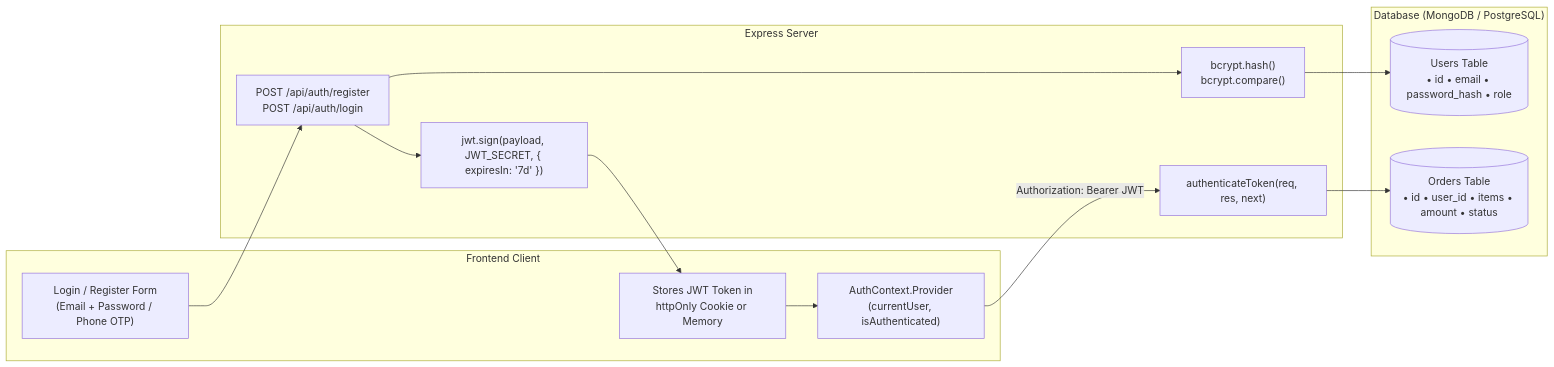
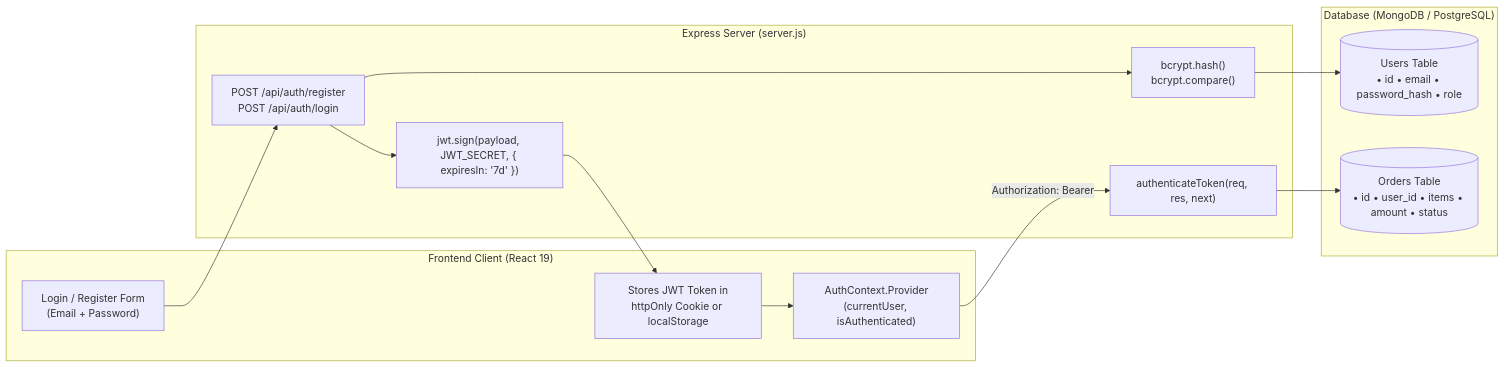
The second of 2 diagrams in PROJECT_STUDY_GUIDE.md (vmore9953/urban-sole), drawn with Mermaid before and after one commit. The commit also changed other lines of this file, not shown here.

Commit message:
Add Authentication Classification Matrix, JWT comparison, and security breakdown to Study Guide

````diff
--- a/PROJECT_STUDY_GUIDE.md
+++ b/PROJECT_STUDY_GUIDE.md
@@ -444,27 +444,27 @@
 ```mermaid
 flowchart LR
-    subgraph ClientAuth ["Frontend Client"]
-        LoginForm["Login / Register Form\n(Email + Password / Phone OTP)"]
-        JWTStorage["Stores JWT Token in\nhttpOnly Cookie or Memory"]
+    subgraph ClientAuth ["Frontend Client (React 19)"]
+        LoginForm["Login / Register Form\n(Email + Password)"]
+        JWTStorage["Stores JWT Token in\nhttpOnly Cookie or localStorage"]
         AuthContext["AuthContext.Provider\n(currentUser, isAuthenticated)"]
     end
 
-    subgraph BackendAuth ["Express Server"]
+    subgraph BackendAuth ["Express Server (server.js)"]
         AuthRoute["POST /api/auth/register\nPOST /api/auth/login"]
         Bcrypt["bcrypt.hash()\nbcrypt.compare()"]
         JWTIssuer["jwt.sign(payload, JWT_SECRET, { expiresIn: '7d' })"]
         AuthMiddleware["authenticateToken(req, res, next)"]
     end
 
     subgraph Database ["Database (MongoDB / PostgreSQL)"]
         UsersTable[("Users Table\n• id • email • password_hash • role")]
         OrdersTable[("Orders Table\n• id • user_id • items • amount • status")]
     end
 
     LoginForm --> AuthRoute
     AuthRoute --> Bcrypt --> UsersTable
     AuthRoute --> JWTIssuer --> JWTStorage
     JWTStorage --> AuthContext
-    AuthContext -- Authorization: Bearer JWT --> AuthMiddleware
+    AuthContext -- Authorization: Bearer <JWT> --> AuthMiddleware
     AuthMiddleware --> OrdersTable
 ```
````
